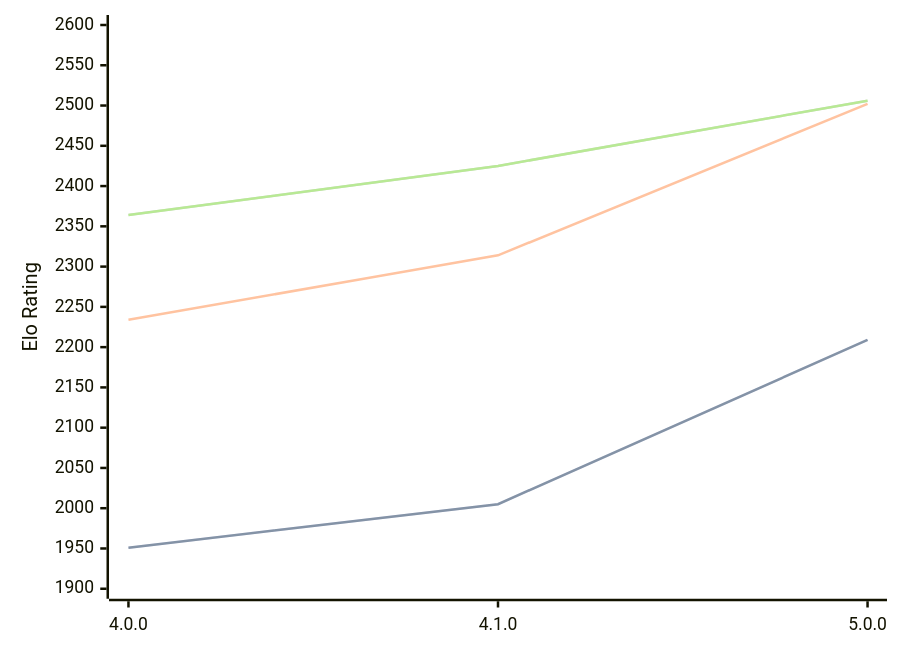
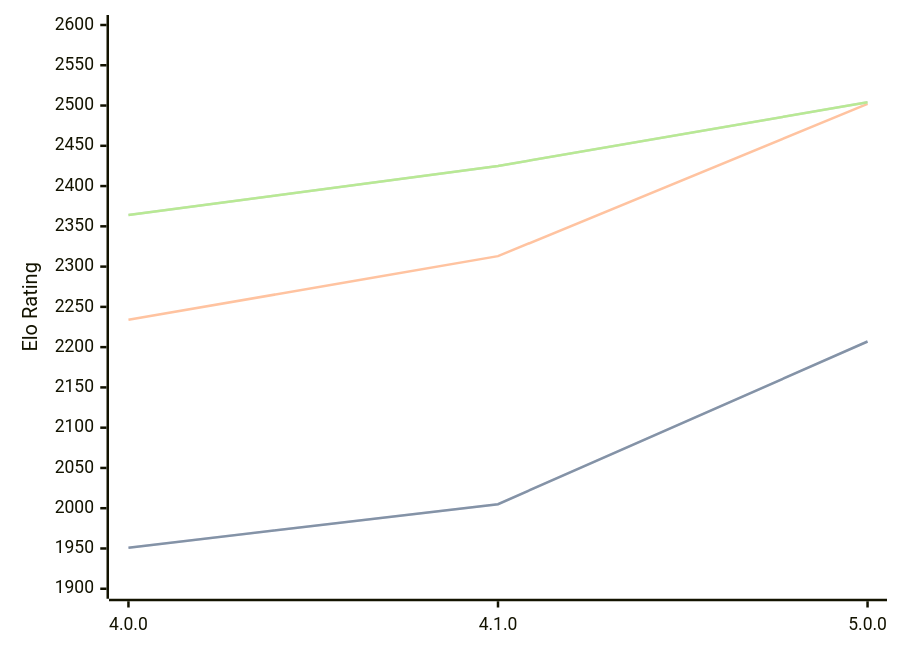
Before and after one commit to computer-chess-index/cci: the diagram in engines/Aconcagua.md, drawn with Mermaid. The commit also changed other lines of this file, not shown here.

Commit message:
Update CCI Ratings (ELO VLTC) - 2026-03-01

````diff
--- a/engines/Aconcagua.md
+++ b/engines/Aconcagua.md
@@ -40,11 +40,11 @@
 ```mermaid
 %%{init: {"theme":"base","themeVariables":{"seriesColors:['#a3a3a3','#222221','#faa371']}}}%%
 xychart-beta
   x-axis ["4.0.0", "4.1.0", "5.0.0"]
   y-axis "Elo Rating" 1900 --> 2600
-  line "STC (8.0+0.08s)" [1951, 2005, 2209]
-  line "STC (8.0+0.08s)" [1951, 2005, 2209]
-  line "LTC (60.0+0.60s)" [2234, 2314, 2502]
-  line "VLTC (2m24s+1.12s)" [2364, 2425, 2506]
-  line "VLTC (2m24s+1.12s)" [2364, 2425, 2506]
+  line "STC (8.0+0.08s)" [1951, 2005, 2207]
+  line "STC (8.0+0.08s)" [1951, 2005, 2207]
+  line "LTC (60.0+0.60s)" [2234, 2313, 2502]
+  line "VLTC (2m24s+1.12s)" [2364, 2425, 2504]
+  line "VLTC (2m24s+1.12s)" [2364, 2425, 2504]
 ```
````
